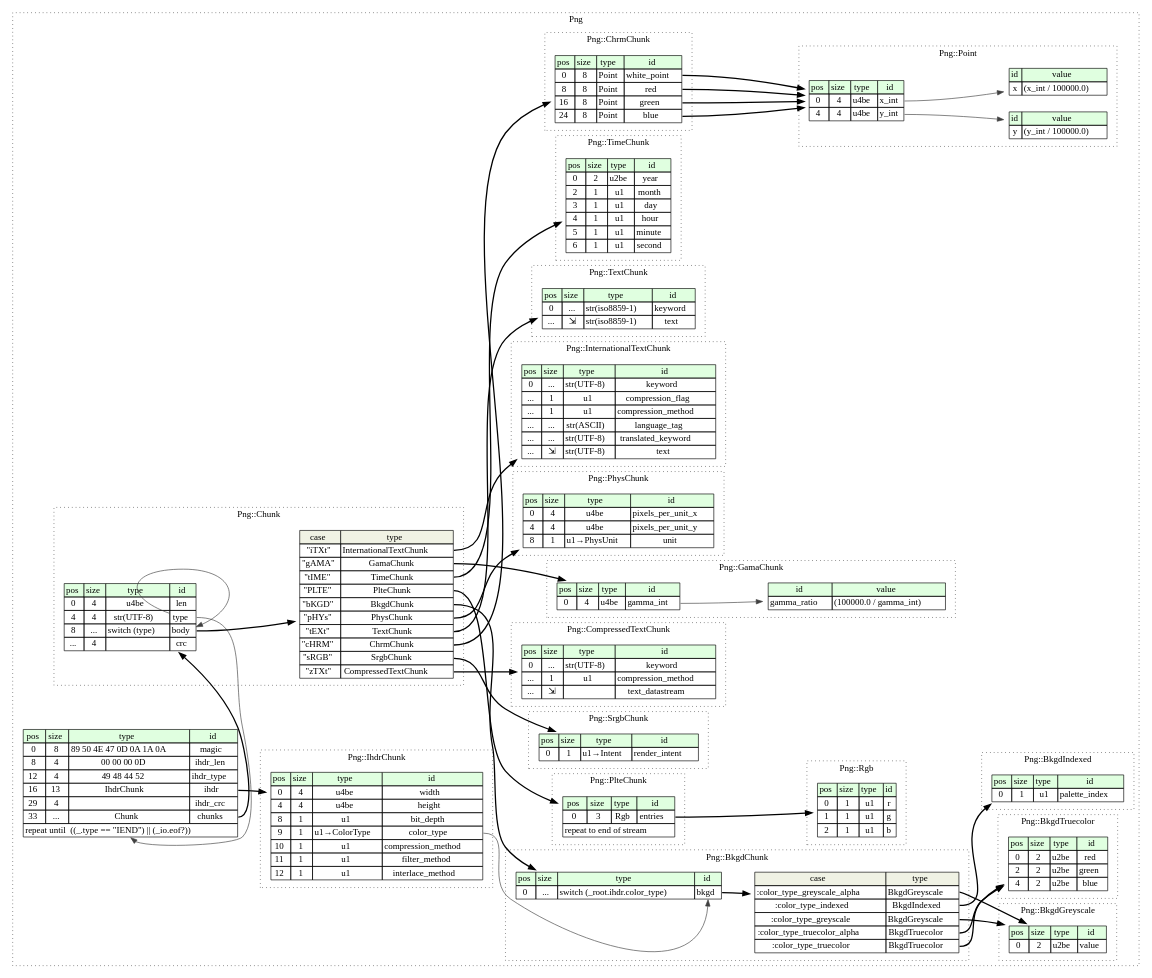
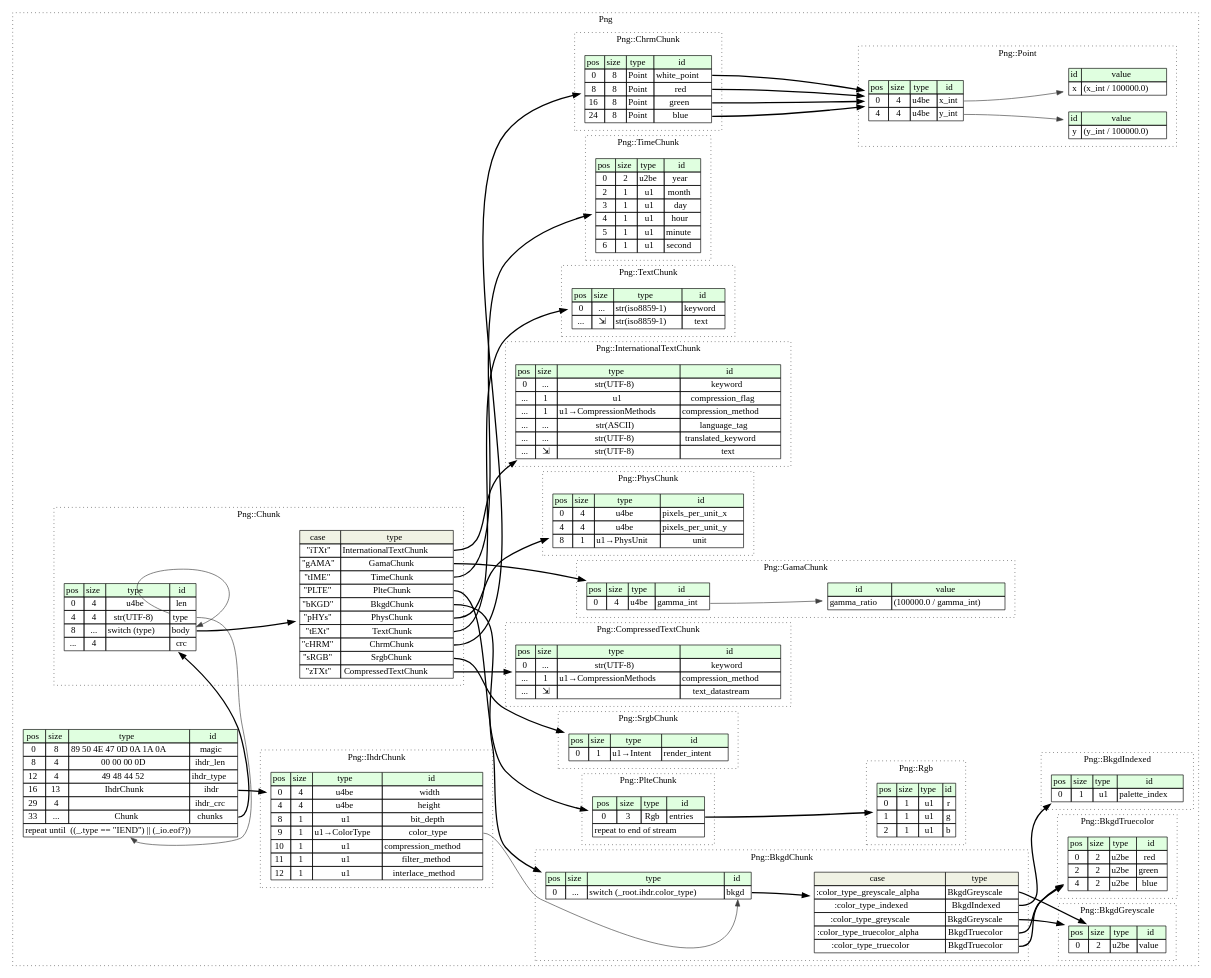
One commit to kaitai-io/formats-kaitai-io.github.io changed the diagram in png/src/graphviz/png.dot. Above: the diagram before and after it, drawn with Graphviz. The commit also changed 30 other files, not shown here.

```diff
--- a/png/src/graphviz/png.dot
+++ b/png/src/graphviz/png.dot
@@ -140,7 +140,7 @@
 			compressed_text_chunk__seq [label=<<TABLE BORDER="0" CELLBORDER="1" CELLSPACING="0">
 				<TR><TD BGCOLOR="#E0FFE0">pos</TD><TD BGCOLOR="#E0FFE0">size</TD><TD BGCOLOR="#E0FFE0">type</TD><TD BGCOLOR="#E0FFE0">id</TD></TR>
 				<TR><TD PORT="keyword_pos">0</TD><TD PORT="keyword_size">...</TD><TD>str(UTF-8)</TD><TD PORT="keyword_type">keyword</TD></TR>
-				<TR><TD PORT="compression_method_pos">...</TD><TD PORT="compression_method_size">1</TD><TD>u1</TD><TD PORT="compression_method_type">compression_method</TD></TR>
+				<TR><TD PORT="compression_method_pos">...</TD><TD PORT="compression_method_size">1</TD><TD>u1→CompressionMethods</TD><TD PORT="compression_method_type">compression_method</TD></TR>
 				<TR><TD PORT="text_datastream_pos">...</TD><TD PORT="text_datastream_size">⇲</TD><TD></TD><TD PORT="text_datastream_type">text_datastream</TD></TR>
 			</TABLE>>];
 		}
@@ -204,7 +204,7 @@
 				<TR><TD BGCOLOR="#E0FFE0">pos</TD><TD BGCOLOR="#E0FFE0">size</TD><TD BGCOLOR="#E0FFE0">type</TD><TD BGCOLOR="#E0FFE0">id</TD></TR>
 				<TR><TD PORT="keyword_pos">0</TD><TD PORT="keyword_size">...</TD><TD>str(UTF-8)</TD><TD PORT="keyword_type">keyword</TD></TR>
 				<TR><TD PORT="compression_flag_pos">...</TD><TD PORT="compression_flag_size">1</TD><TD>u1</TD><TD PORT="compression_flag_type">compression_flag</TD></TR>
-				<TR><TD PORT="compression_method_pos">...</TD><TD PORT="compression_method_size">1</TD><TD>u1</TD><TD PORT="compression_method_type">compression_method</TD></TR>
+				<TR><TD PORT="compression_method_pos">...</TD><TD PORT="compression_method_size">1</TD><TD>u1→CompressionMethods</TD><TD PORT="compression_method_type">compression_method</TD></TR>
 				<TR><TD PORT="language_tag_pos">...</TD><TD PORT="language_tag_size">...</TD><TD>str(ASCII)</TD><TD PORT="language_tag_type">language_tag</TD></TR>
 				<TR><TD PORT="translated_keyword_pos">...</TD><TD PORT="translated_keyword_size">...</TD><TD>str(UTF-8)</TD><TD PORT="translated_keyword_type">translated_keyword</TD></TR>
 				<TR><TD PORT="text_pos">...</TD><TD PORT="text_size">⇲</TD><TD>str(UTF-8)</TD><TD PORT="text_type">text</TD></TR>
```
